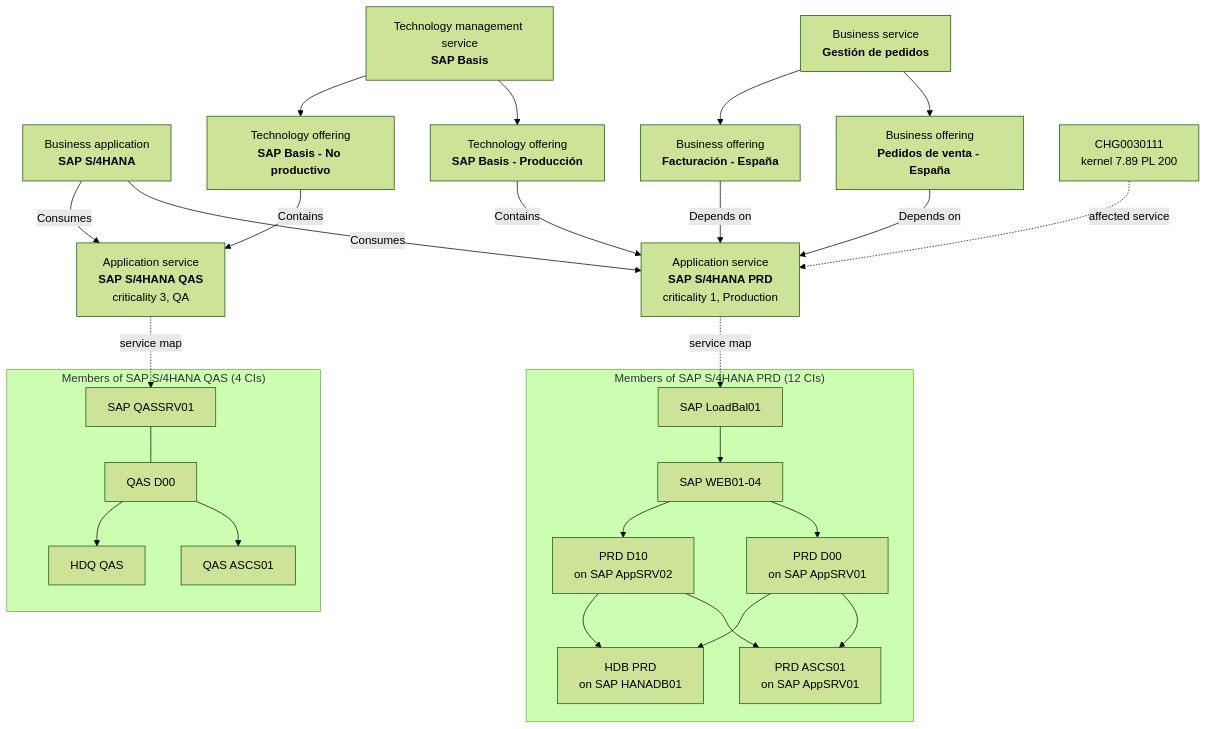
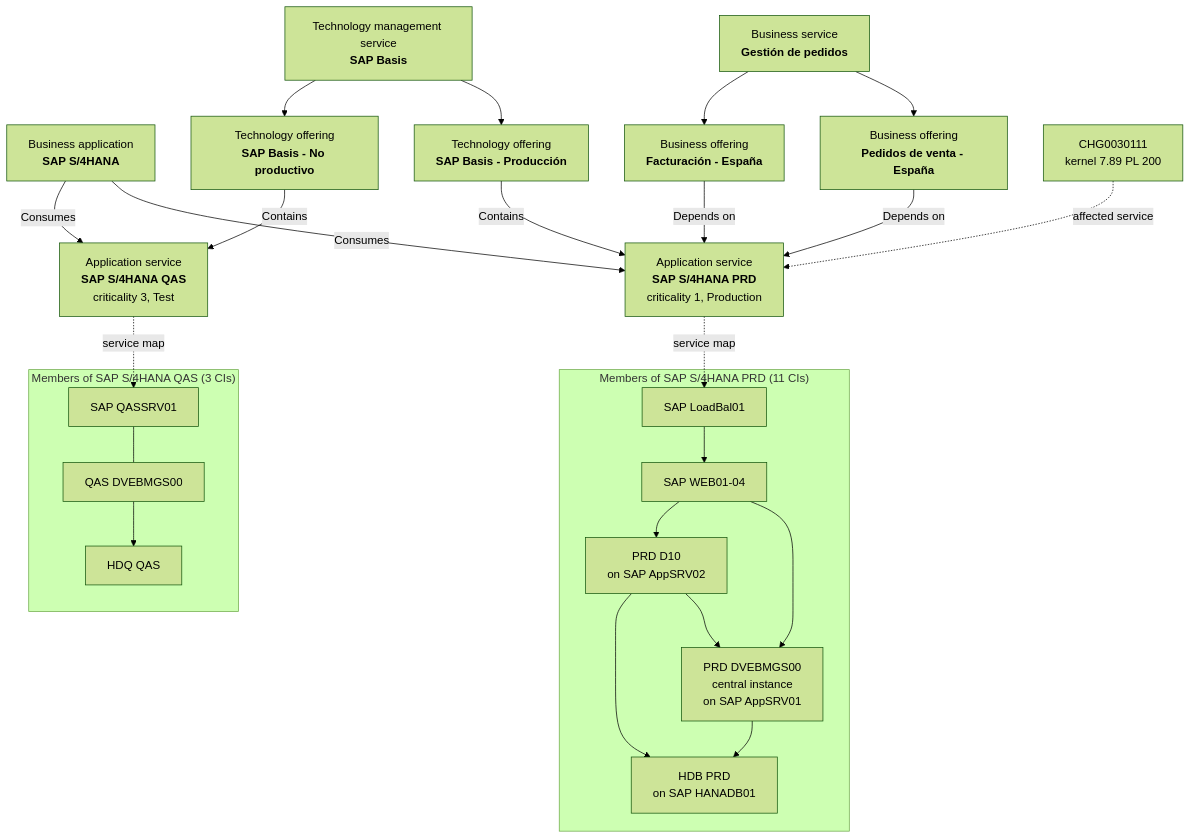
The diagram in docs/reports/autonomous-it-everis2/10-csdm-sap.md (caabayfe/agenticsn), drawn with Mermaid (forest theme) before and after one commit. The commit also changed other lines of this file and 5 other files, not shown here.

First line of the commit message:
docs(everis2): CSDM SAP scripts as run on the instance

````diff
--- a/docs/reports/autonomous-it-everis2/10-csdm-sap.md
+++ b/docs/reports/autonomous-it-everis2/10-csdm-sap.md
@@ -38,32 +38,30 @@
 ```mermaid
 flowchart TB
   BA["Business application<br/><b>SAP S/4HANA</b>"]
   BS["Business service<br/><b>Gestión de pedidos</b>"] --> BO1["Business offering<br/><b>Pedidos de venta - España</b>"]
   BS --> BO2["Business offering<br/><b>Facturación - España</b>"]
   TS["Technology management service<br/><b>SAP Basis</b>"] --> TO1["Technology offering<br/><b>SAP Basis - Producción</b>"]
   TS --> TO2["Technology offering<br/><b>SAP Basis - No productivo</b>"]
   BA -- "Consumes" --> PRD
   BA -- "Consumes" --> QAS
   BO1 -- "Depends on" --> PRD
   BO2 -- "Depends on" --> PRD
   TO1 -- "Contains" --> PRD
   TO2 -- "Contains" --> QAS
   PRD["Application service<br/><b>SAP S/4HANA PRD</b><br/>criticality 1, Production"]
-  QAS["Application service<br/><b>SAP S/4HANA QAS</b><br/>criticality 3, QA"]
+  QAS["Application service<br/><b>SAP S/4HANA QAS</b><br/>criticality 3, Test"]
   PRD -. "service map" .-> LB
   QAS -. "service map" .-> Q
-  subgraph MAPP["Members of SAP S/4HANA PRD (12 CIs)"]
+  subgraph MAPP["Members of SAP S/4HANA PRD (11 CIs)"]
     LB["SAP LoadBal01"] --> W["SAP WEB01-04"]
-    W --> D0["PRD D00<br/>on SAP AppSRV01"]
+    W --> CI["PRD DVEBMGS00<br/>central instance<br/>on SAP AppSRV01"]
     W --> D1["PRD D10<br/>on SAP AppSRV02"]
-    D0 --> ASCS["PRD ASCS01<br/>on SAP AppSRV01"]
-    D1 --> ASCS
-    D0 --> HDB["HDB PRD<br/>on SAP HANADB01"]
+    D1 --> CI
+    CI --> HDB["HDB PRD<br/>on SAP HANADB01"]
     D1 --> HDB
   end
-  subgraph MAPQ["Members of SAP S/4HANA QAS (4 CIs)"]
-    Q["SAP QASSRV01"] --- QD["QAS D00"] --> QA["QAS ASCS01"]
-    QD --> QH["HDQ QAS"]
+  subgraph MAPQ["Members of SAP S/4HANA QAS (3 CIs)"]
+    Q["SAP QASSRV01"] --- QC["QAS DVEBMGS00"] --> QH["HDQ QAS"]
   end
   CHG["CHG0030111<br/>kernel 7.89 PL 200"] -. "affected service" .-> PRD
 ```
````
